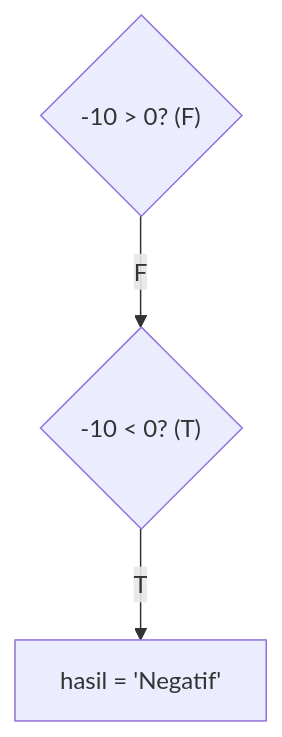
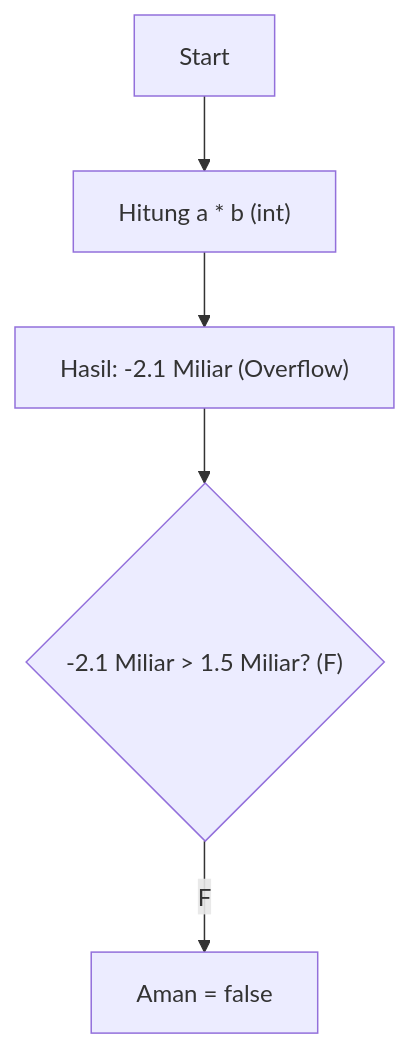
Before and after one commit to amnahwaida/OSNK_INF_PREP: the first of 2 diagrams in part-c-pemahaman-cpp/02-percabangan/latihan/set-03.md, drawn with Mermaid. The commit also changed other lines of this file, not shown here.

Commit message:
Overhaul Percabangan Set 03 to Legendary Architect with ultimate C++ branching traps

````diff
--- a/part-c-pemahaman-cpp/02-percabangan/latihan/set-03.md
+++ b/part-c-pemahaman-cpp/02-percabangan/latihan/set-03.md
@@ -138,5 +31,7 @@
-```mermaid
-graph TD
-A{"-10 > 0? (F)"} -- F --> B{"-10 < 0? (T)"}
-B -- T --> C["hasil = 'Negatif'"]
-```
+ ```mermaid
+ graph TD
+ Start --> A["Hitung a * b (int)"]
+ A --> B["Hasil: -2.1 Miliar (Overflow)"]
+ B --> C{"-2.1 Miliar > 1.5 Miliar? (F)"}
+ C -- F --> End["Aman = false"]
+ ```
````
